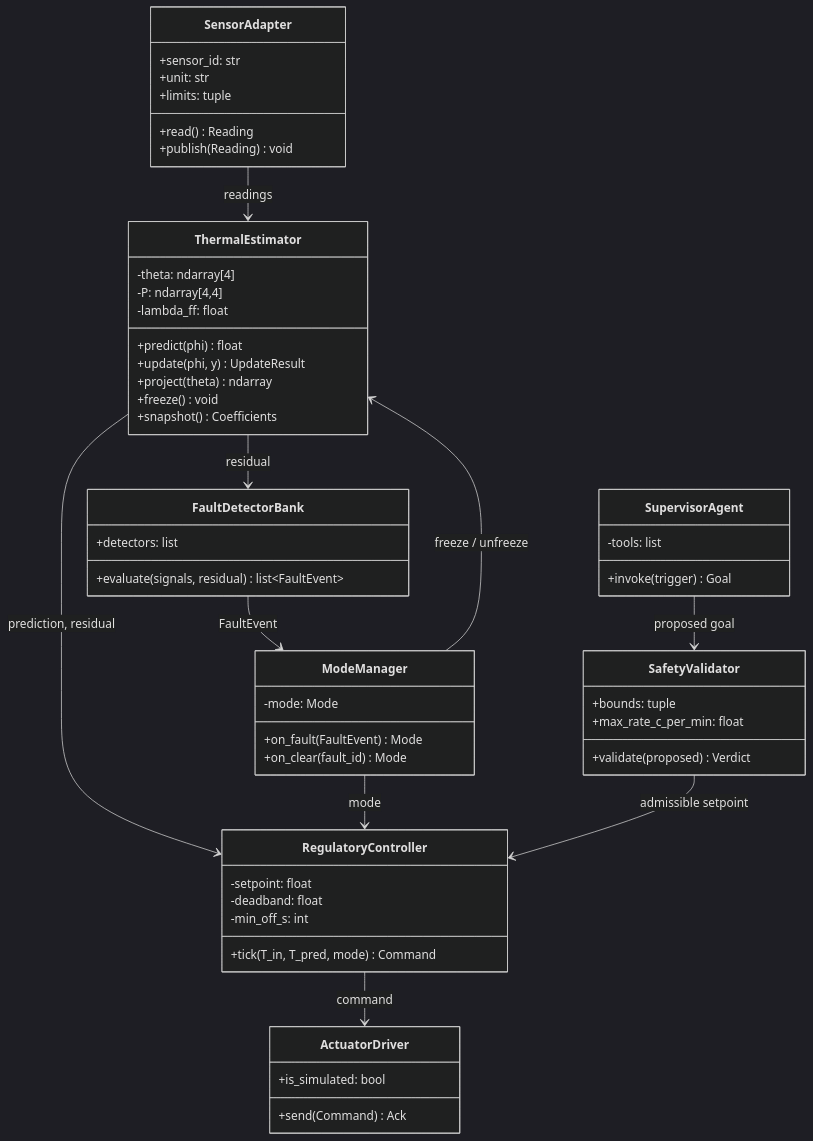
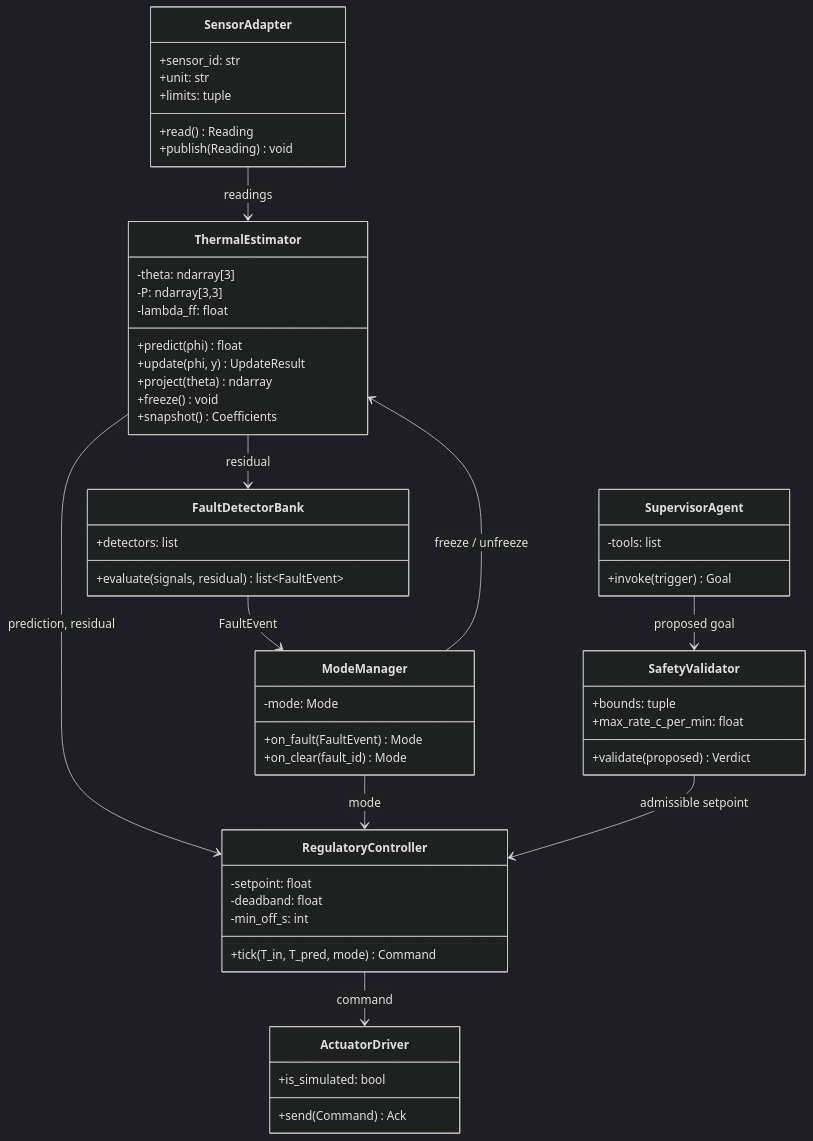
Before and after one commit to udbhav07/edge-smart-space: the sixth of 12 diagrams in docs/DESIGN.md, drawn with Mermaid (dark theme). The commit also changed other lines of this file and 13 other files, not shown here.

````diff
--- a/docs/DESIGN.md
+++ b/docs/DESIGN.md
@@ -428,58 +429,58 @@
 ```mermaid
 classDiagram
     class SensorAdapter {
         +sensor_id: str
         +unit: str
         +limits: tuple
         +read() Reading
         +publish(Reading) void
     }
     class ThermalEstimator {
-        -theta: ndarray[4]
-        -P: ndarray[4,4]
+        -theta: ndarray[3]
+        -P: ndarray[3,3]
         -lambda_ff: float
         +predict(phi) float
         +update(phi, y) UpdateResult
         +project(theta) ndarray
         +freeze() void
         +snapshot() Coefficients
     }
     class RegulatoryController {
         -setpoint: float
         -deadband: float
         -min_off_s: int
         +tick(T_in, T_pred, mode) Command
     }
     class SafetyValidator {
         +bounds: tuple
         +max_rate_c_per_min: float
         +validate(proposed) Verdict
     }
     class FaultDetectorBank {
         +detectors: list
         +evaluate(signals, residual) list~FaultEvent~
     }
     class ModeManager {
         -mode: Mode
         +on_fault(FaultEvent) Mode
         +on_clear(fault_id) Mode
     }
     class SupervisorAgent {
         -tools: list
         +invoke(trigger) Goal
     }
     class ActuatorDriver {
         +is_simulated: bool
         +send(Command) Ack
     }
 
     ThermalEstimator --> RegulatoryController : prediction, residual
     ThermalEstimator --> FaultDetectorBank : residual
     FaultDetectorBank --> ModeManager : FaultEvent
     ModeManager --> ThermalEstimator : freeze / unfreeze
     ModeManager --> RegulatoryController : mode
     SupervisorAgent --> SafetyValidator : proposed goal
     SafetyValidator --> RegulatoryController : admissible setpoint
     RegulatoryController --> ActuatorDriver : command
     SensorAdapter --> ThermalEstimator : readings
 ```
````
